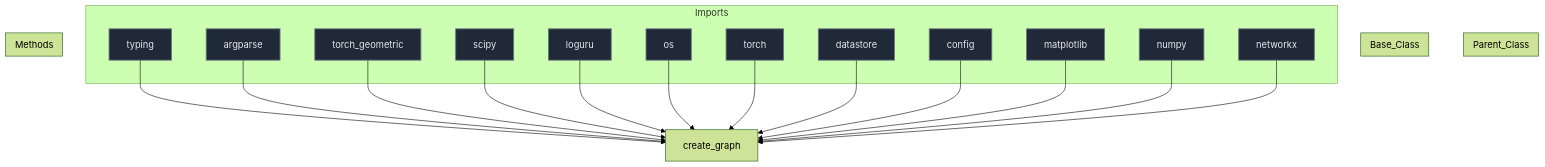
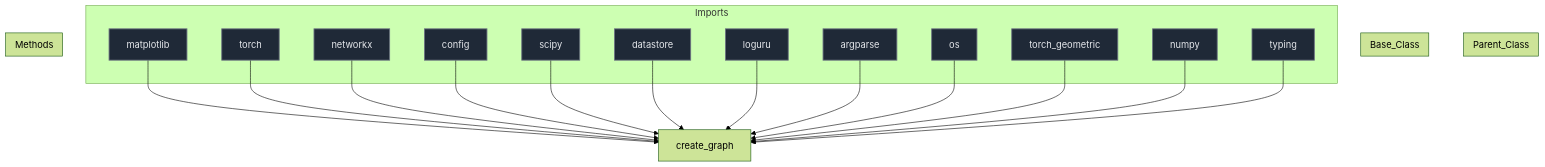
The diagram in docs/diagrams/create_graph_diagram.md (mllam/neural-lam), drawn with Mermaid (forest theme) before and after one commit. The commit also changed 19 other files, not shown here.

Commit message:
Auto-update Mermaid diagrams

````diff
--- a/docs/diagrams/create_graph_diagram.md
+++ b/docs/diagrams/create_graph_diagram.md
@@ -1,53 +1,53 @@
 ```mermaid
 %%{init: {'flowchart': {'nodeSpacing': 60, 'rankSpacing': 80}}}%%
 flowchart TD
 
 module["create_graph"]
 
 subgraph Parent_Class
 end
 
 subgraph Base_Class
 end
 
 
 subgraph Imports
+    matplotlib["matplotlib"]
+    torch["torch"]
+    networkx["networkx"]
+    config["config"]
+    scipy["scipy"]
+    datastore["datastore"]
+    loguru["loguru"]
+    argparse["argparse"]
+    os["os"]
+    torch_geometric["torch_geometric"]
+    numpy["numpy"]
     typing["typing"]
-    argparse["argparse"]
-    torch_geometric["torch_geometric"]
-    scipy["scipy"]
-    loguru["loguru"]
-    os["os"]
-    torch["torch"]
-    datastore["datastore"]
-    config["config"]
-    matplotlib["matplotlib"]
-    numpy["numpy"]
-    networkx["networkx"]
 end
 
+    matplotlib --> module
+    torch --> module
+    networkx --> module
+    config --> module
+    scipy --> module
+    datastore --> module
+    loguru --> module
+    argparse --> module
+    os --> module
+    torch_geometric --> module
+    numpy --> module
     typing --> module
-    argparse --> module
-    torch_geometric --> module
-    scipy --> module
-    loguru --> module
-    os --> module
-    torch --> module
-    datastore --> module
-    config --> module
-    matplotlib --> module
-    numpy --> module
-    networkx --> module
 
 subgraph Methods
 end
 
 
 classDef parent fill:#0f172a,stroke:#3b82f6,stroke-width:2px,color:#f1f5f9,font-size:16px
 classDef base fill:#78350f,stroke:#f59e0b,stroke-width:1px,color:#fde68a,font-size:16px
 classDef import fill:#1f2937,stroke:#6b7280,stroke-width:1.5px,color:#e5e7eb,font-size:16px
 classDef method fill:#2d043f,stroke:#7c3aed,stroke-width:1.5px,color:#ede9fe,font-size:16px
 classDef callNode fill:#064e3b,stroke:#10b981,stroke-width:1.5px,color:#d1fae5,font-size:16px
-class typing,argparse,torch_geometric,scipy,loguru,os,torch,datastore,config,matplotlib,numpy,networkx import
+class matplotlib,torch,networkx,config,scipy,datastore,loguru,argparse,os,torch_geometric,numpy,typing import
 
 ```
````
